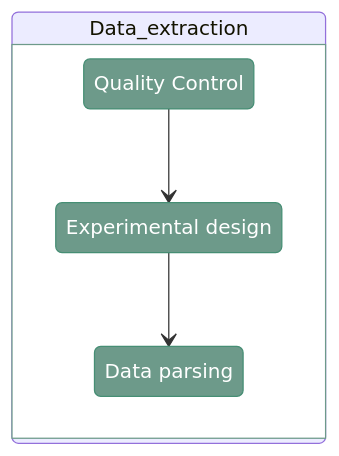
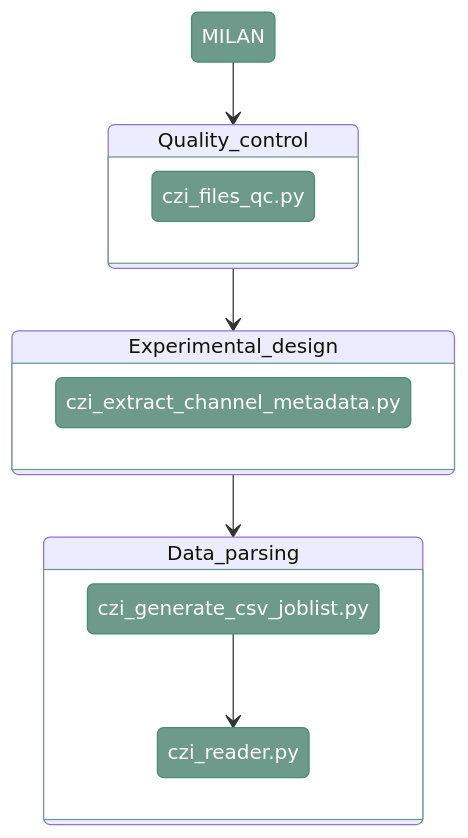
The diagram in docs/01_MILAN_parser.md (antoranzlab/DISSCOvery), drawn with Mermaid before and after one commit. The commit also changed other lines of this file and 34 other files, not shown here.

````diff
--- a/docs/01_MILAN_parser.md
+++ b/docs/01_MILAN_parser.md
@@ -7,20 +13,25 @@
 ```mermaid
 stateDiagram-v2
     classDef coloring fill:#6d9a8a, stroke:#468e74, color:#ffffff
     classDef coloring2 fill:#ffffff, stroke:#6d9a8a
 
+    MILAN --> Quality_control
+    Quality_control --> Experimental_design
+    Experimental_design --> Data_parsing
+
+    state Quality_control{
+          MILAN_qc: czi_files_qc.py
+        }
+    state Experimental_design{
+          MILAN_exp_design: czi_extract_channel_metadata.py
+        }
+    state Data_parsing{
+          parsing_job --> parsing
+          parsing_job: czi_generate_csv_joblist.py
+          parsing: czi_reader.py
+        }
+
     
-    state Data_extraction{
-      MILAN_raw --> MILAN_exp_design
-      MILAN_raw: Quality Control
-      MILAN_exp_design: Experimental design
-      MILAN_exp_design --> MILAN_parsing
-      MILAN_parsing: Data parsing
-
-    }
-    class MILAN_raw coloring
-    class MILAN_exp_design coloring
-    class MILAN_parsing coloring
-    class Data_extraction coloring2
-    class MILAN coloring2
+    class MILAN, MILAN_qc, MILAN_exp_design, parsing_job, parsing coloring
+    class Data_parsing, Quality_control,  Experimental_design coloring2
 ```
````
